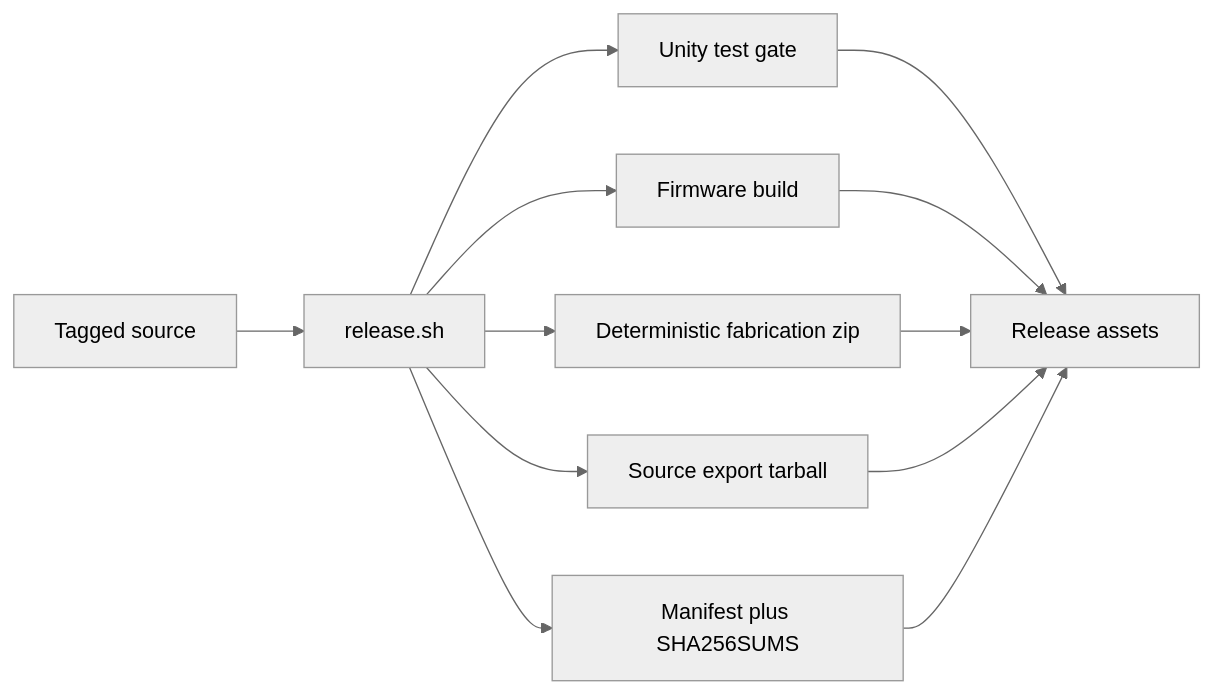
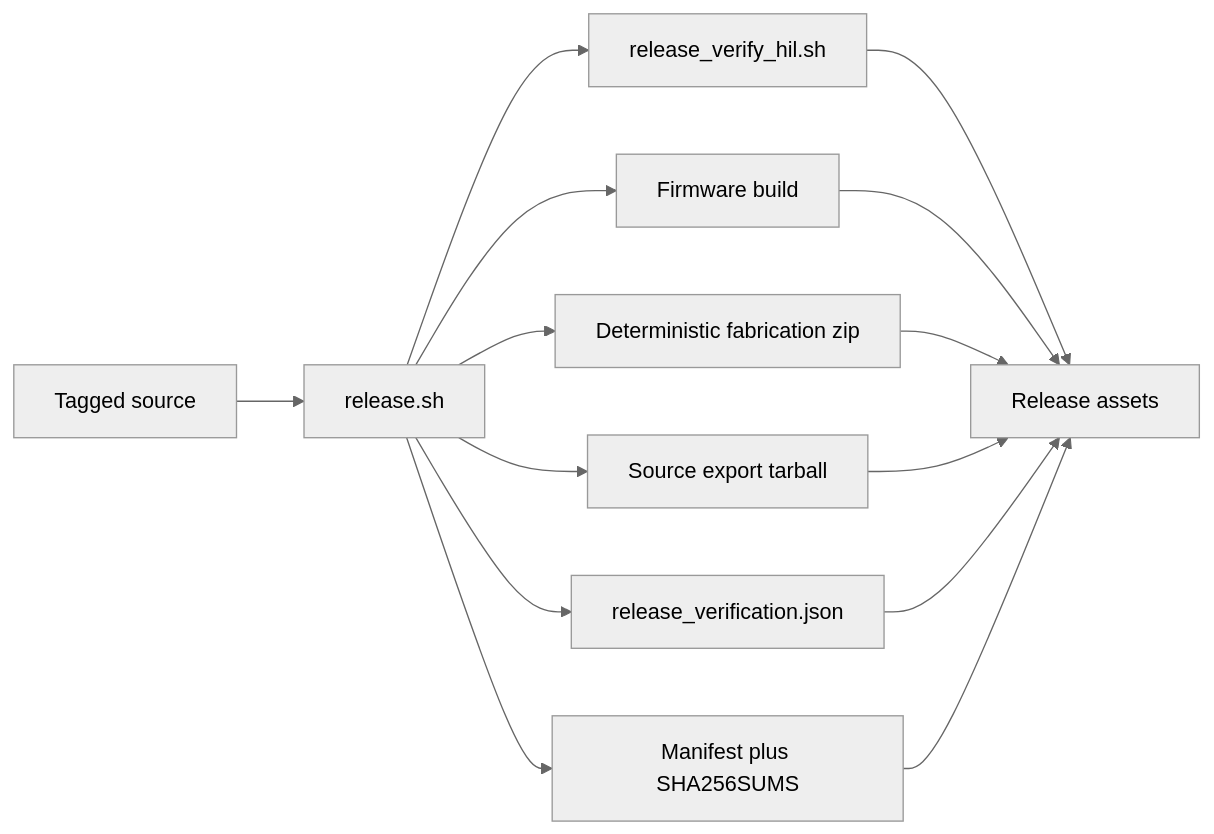
The diagram in docs/release/Reproducibility.md (bseverns/MOARkNOBS-42), drawn with Mermaid (neutral theme) before and after one commit. The commit also changed other lines of this file and 14 other files, not shown here.

````diff
--- a/docs/release/Reproducibility.md
+++ b/docs/release/Reproducibility.md
@@ -19,14 +19,16 @@
 ```mermaid
 flowchart LR
   A[Tagged source] --> B[release.sh]
-  B --> C[Unity test gate]
+  B --> C[release_verify_hil.sh]
   B --> D[Firmware build]
   B --> E[Deterministic fabrication zip]
   B --> F[Source export tarball]
-  B --> G[Manifest plus SHA256SUMS]
-  C --> H[Release assets]
-  D --> H
-  E --> H
-  F --> H
-  G --> H
+  B --> G[release_verification.json]
+  B --> H[Manifest plus SHA256SUMS]
+  C --> I[Release assets]
+  D --> I
+  E --> I
+  F --> I
+  G --> I
+  H --> I
 ```
````
